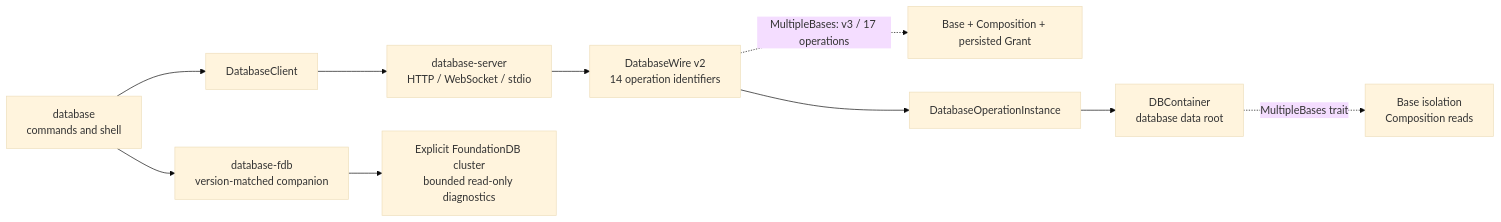
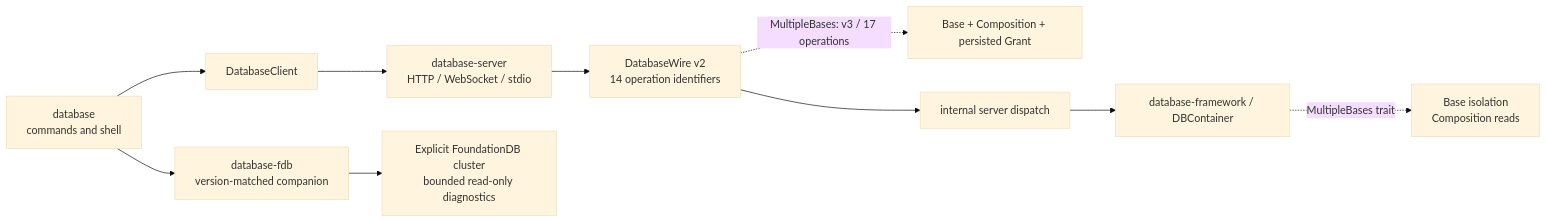
Before and after one commit to 1amageek/database-cli: the diagram in README.md, drawn with Mermaid (base theme). The commit also changed other lines of this file and 21 other files, not shown here.

Commit message:
Use the adjacent standalone database server

````diff
--- a/README.md
+++ b/README.md
@@ -10,13 +10,13 @@
 ```mermaid
 flowchart LR
     CLI["database<br/>commands and shell"] --> Client["DatabaseClient"]
     Client --> Host["database-server<br/>HTTP / WebSocket / stdio"]
     Host --> Wire["DatabaseWire v2<br/>14 operation identifiers"]
     Wire -. "MultipleBases: v3 / 17 operations" .-> Optional["Base + Composition + persisted Grant"]
-    Wire --> Runtime["DatabaseOperationInstance"]
-    Runtime --> Container["DBContainer<br/>database data root"]
+    Wire --> Runtime["internal server dispatch"]
+    Runtime --> Container["database-framework / DBContainer"]
     Container -. "MultipleBases trait" .-> Bases["Base isolation<br/>Composition reads"]
 
     CLI --> Helper["database-fdb<br/>version-matched companion"]
     Helper --> FDB["Explicit FoundationDB cluster<br/>bounded read-only diagnostics"]
 ```
````
